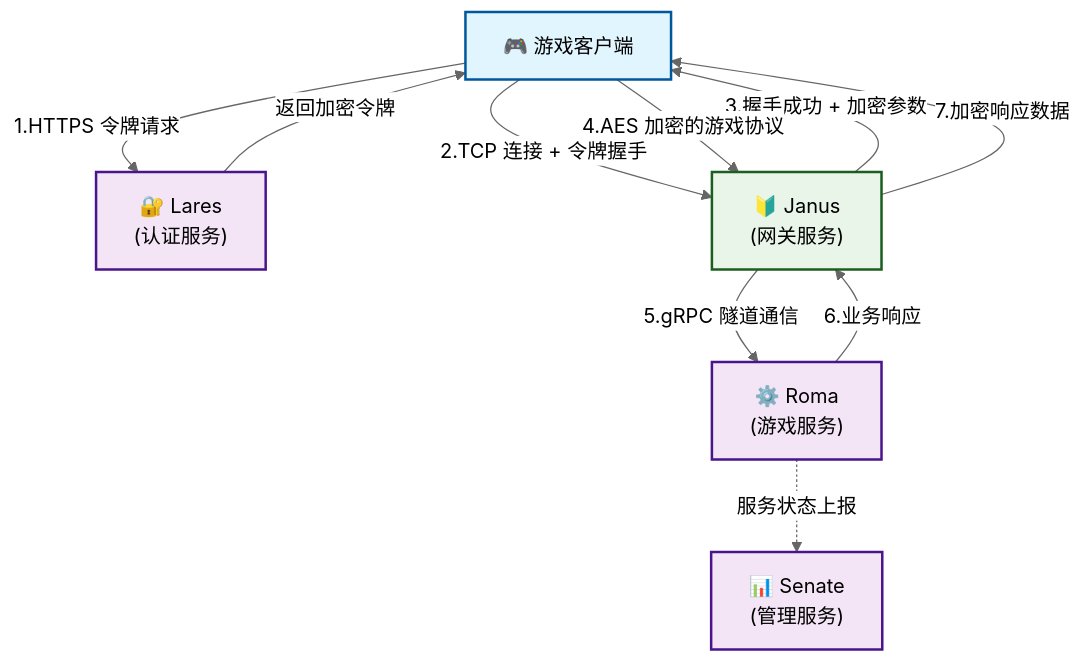
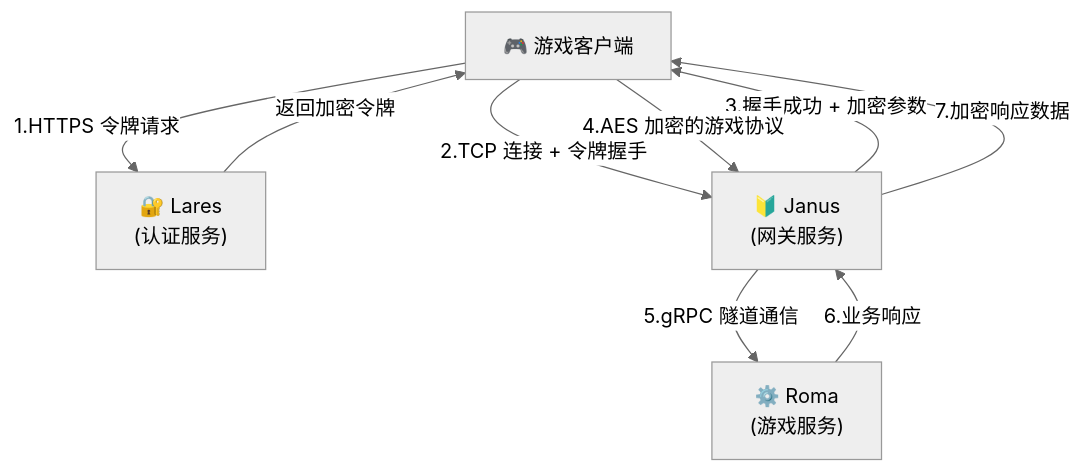
One commit to go-pantheon/janus changed the first of 2 diagrams in README-zh.md. Above: the diagram before and after it, drawn with Mermaid (neutral theme). The commit also changed other lines of this file and 4 other files, not shown here.

````diff
--- a/README-zh.md
+++ b/README-zh.md
@@ -82,26 +47,16 @@
 ```mermaid
 graph TB
     Client["🎮 游戏客户端"]
     Lares["🔐 Lares<br/>(认证服务)"]
     Janus["🔰 Janus<br/>(网关服务)"]
     Roma["⚙️ Roma<br/>(游戏服务)"]
-    Senate["📊 Senate<br/>(管理服务)"]
 
     Client -->|"1.HTTPS 令牌请求"| Lares
     Lares -->|"返回加密令牌"| Client
     Client -->|"2.TCP 连接 + 令牌握手"| Janus
     Janus -->|"3.握手成功 + 加密参数"| Client
     Client -->|"4.AES 加密的游戏协议"| Janus
     Janus -->|"5.gRPC 隧道通信"| Roma
     Roma -->|"6.业务响应"| Janus
     Janus -->|"7.加密响应数据"| Client
-    Roma -.->|"服务状态上报"| Senate
-
-    classDef clientStyle fill:#e1f5fe,stroke:#01579b,stroke-width:2px
-    classDef serviceStyle fill:#f3e5f5,stroke:#4a148c,stroke-width:2px
-    classDef gatewayStyle fill:#e8f5e8,stroke:#1b5e20,stroke-width:2px
-
-    class Client clientStyle
-    class Lares,Roma,Senate serviceStyle
-    class Janus gatewayStyle
 ```
````
